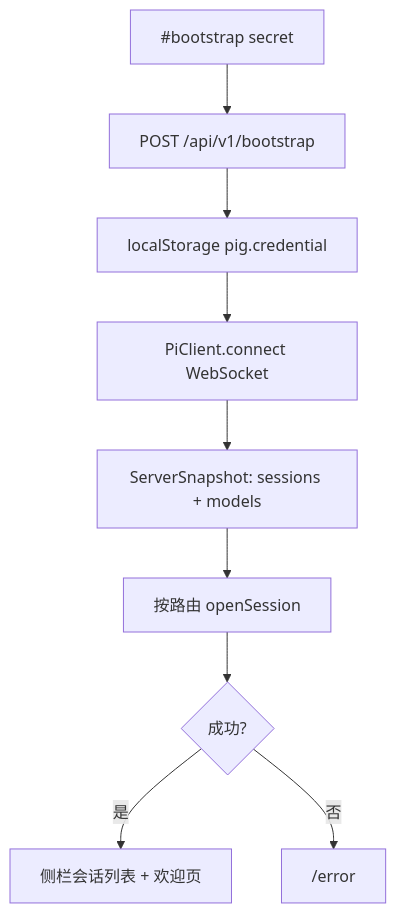
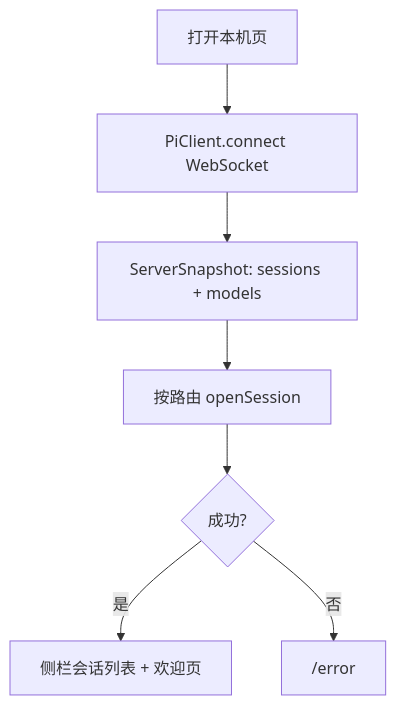
Before and after one commit to minuque/pig: the second of 8 diagrams in JOURNEYS.md, drawn with Mermaid. The commit also changed other lines of this file and 24 other files, not shown here.

````diff
--- a/JOURNEYS.md
+++ b/JOURNEYS.md
@@ -33,11 +33,9 @@
 ```mermaid
 flowchart TB
-  Hash["#bootstrap secret"] --> Boot["POST /api/v1/bootstrap"]
-  Boot --> Cred["localStorage pig.credential"]
-  Cred --> WS["PiClient.connect WebSocket"]
+  Open["打开本机页"] --> WS["PiClient.connect WebSocket"]
   WS --> Snap["ServerSnapshot: sessions + models"]
   Snap --> Init["按路由 openSession"]
   Init --> Gate{"成功?"}
   Gate -->|是| Inbox["侧栏会话列表 + 欢迎页"]
   Gate -->|否| Err["/error"]
 ```
````
